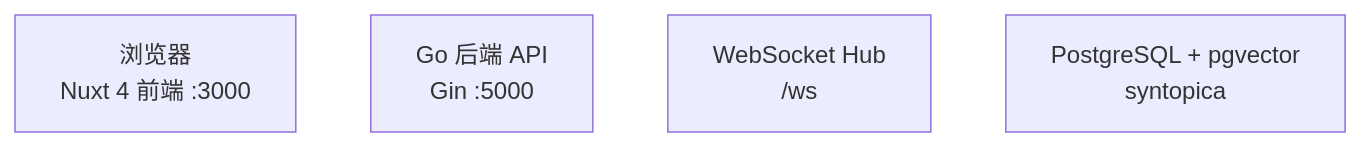
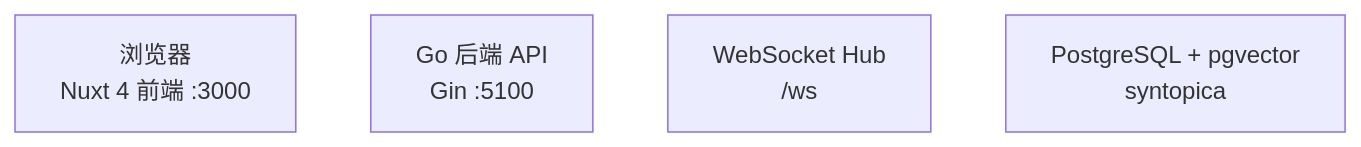
One commit to ZanebonoAlter/Syntopica changed the diagram in docs/reference/architecture/overview.md. Above: the diagram before and after it, drawn with Mermaid. The commit also changed other lines of this file and 32 other files, not shown here.

````diff
--- a/docs/reference/architecture/overview.md
+++ b/docs/reference/architecture/overview.md
@@ -27,7 +27,7 @@
 ```mermaid
 graph TD
     Browser["浏览器<br/>Nuxt 4 前端 :3000"]
-    API["Go 后端 API<br/>Gin :5000"]
+    API["Go 后端 API<br/>Gin :5100"]
     WS["WebSocket Hub<br/>/ws"]
     PostgreSQL["PostgreSQL + pgvector<br/>syntopica"]
 ```
````
